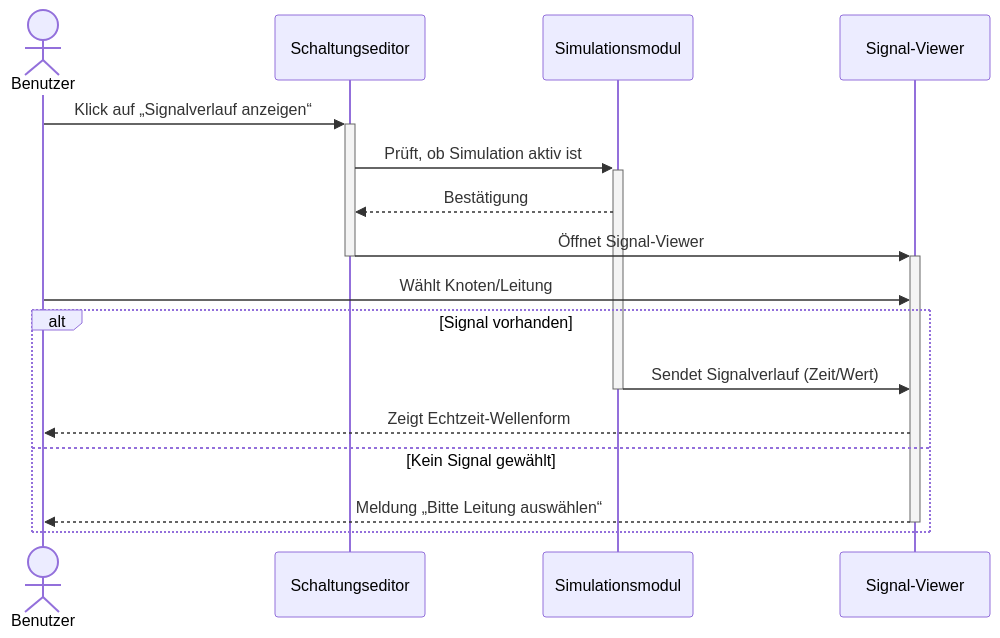
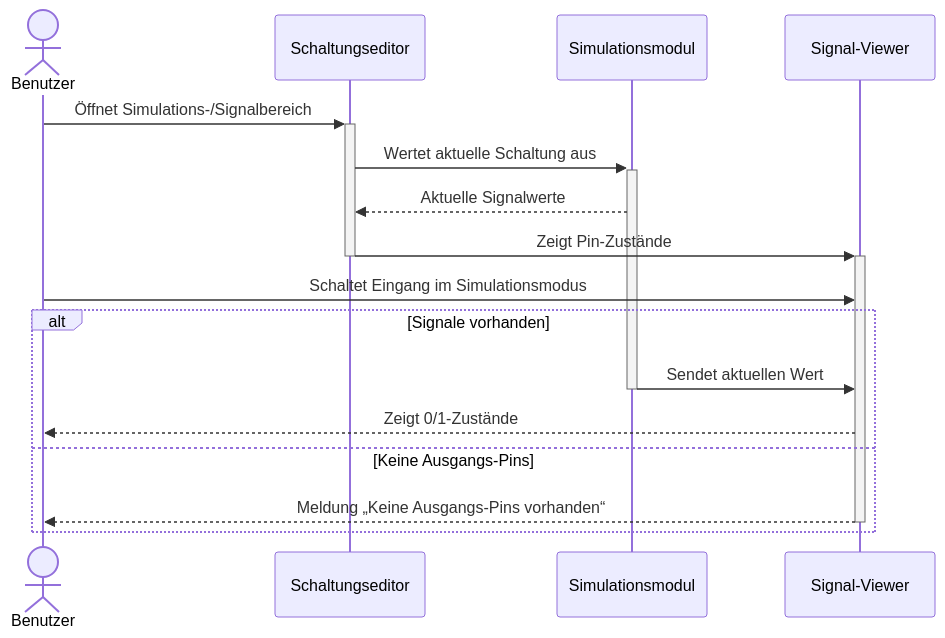
Before and after one commit to BitFlow-DHBW/BitFlow: diagram 14 of 43 in docs/use_cases/software_requirements_specification.md, drawn with Mermaid. The commit also changed other lines of this file and 9 other files, not shown here.

````diff
--- a/docs/use_cases/software_requirements_specification.md
+++ b/docs/use_cases/software_requirements_specification.md
@@ -565,21 +616,21 @@
 ```mermaid
 sequenceDiagram
     actor Benutzer
     participant UI as Schaltungseditor
     participant Simulation as Simulationsmodul
     participant Viewer as Signal-Viewer
 
-    Benutzer ->>+ UI: Klick auf „Signalverlauf anzeigen“
-    UI ->>+ Simulation: Prüft, ob Simulation aktiv ist
-    Simulation -->> UI: Bestätigung
-    UI ->>+ Viewer: Öffnet Signal-Viewer
+    Benutzer ->>+ UI: Öffnet Simulations-/Signalbereich
+    UI ->>+ Simulation: Wertet aktuelle Schaltung aus
+    Simulation -->> UI: Aktuelle Signalwerte
+    UI ->>+ Viewer: Zeigt Pin-Zustände
     deactivate UI
-    Benutzer ->> Viewer: Wählt Knoten/Leitung
-    alt Signal vorhanden
-        Simulation ->> Viewer: Sendet Signalverlauf (Zeit/Wert)
+    Benutzer ->> Viewer: Schaltet Eingang im Simulationsmodus
+    alt Signale vorhanden
+        Simulation ->> Viewer: Sendet aktuellen Wert
         deactivate Simulation
-        Viewer -->> Benutzer: Zeigt Echtzeit-Wellenform
-    else Kein Signal gewählt
-        Viewer -->>- Benutzer: Meldung „Bitte Leitung auswählen“
+        Viewer -->> Benutzer: Zeigt 0/1-Zustände
+    else Keine Ausgangs-Pins
+        Viewer -->>- Benutzer: Meldung „Keine Ausgangs-Pins vorhanden“
     end
 ```
````
